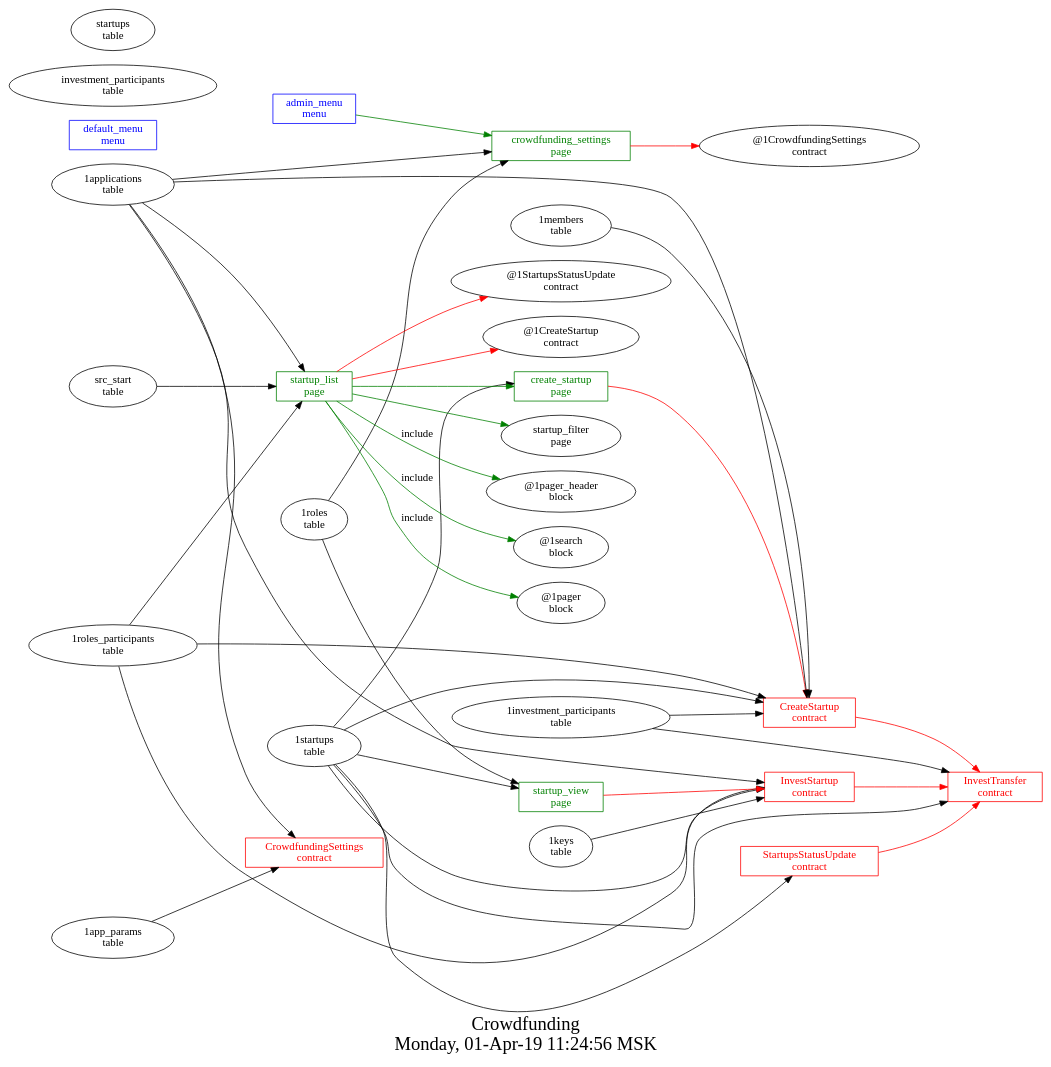
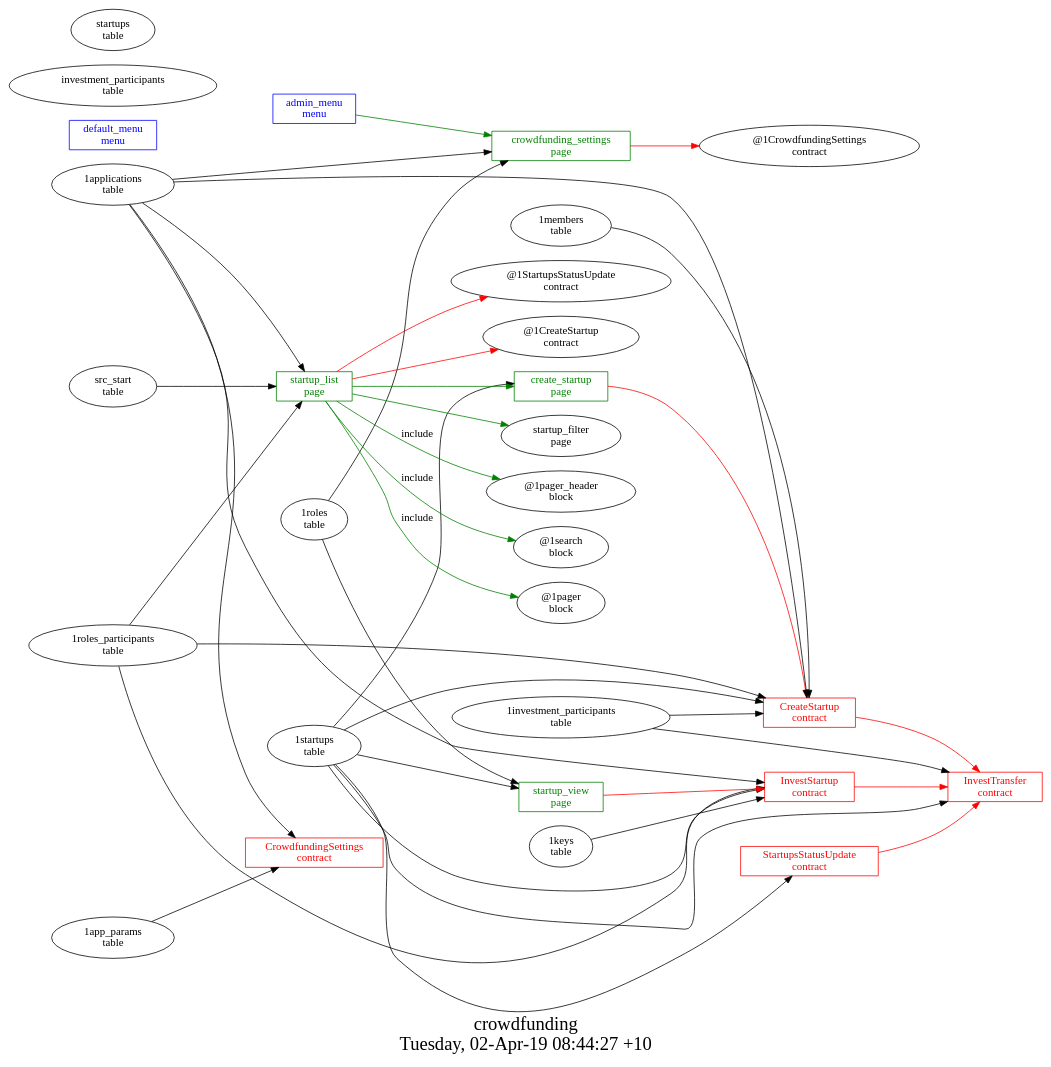
The diagram in ecosystem_apps/Crowdfunding/struct.dot (AplaProject/apps), drawn with Graphviz before and after one commit. The commit also changed 1 other file, not shown here.

```diff
--- a/ecosystem_apps/Crowdfunding/struct.dot
+++ b/ecosystem_apps/Crowdfunding/struct.dot
@@ -1,59 +1,57 @@
 digraph G {
-graph [
-  fontsize="24";
-  label="Crowdfunding\nMonday, 01-Apr-19 11:24:56 MSK";
-  nojustify=true;
-  ordering=out;
-  rankdir=LR;
-  size="30";
-];
+fontsize="24";
+label="crowdfunding\nTuesday, 02-Apr-19 08:44:27 +10";
+nojustify=true;
+ordering=out;
+rankdir=LR;
+size="30";
 "admin_menu\nmenu" -> "crowdfunding_settings\npage"  [ color=green ]
 "admin_menu\nmenu" [color=blue, fontcolor=blue, group=menus, shape=record];
 "default_menu\nmenu" [color=blue, fontcolor=blue, group=menus, shape=record];
 "create_startup\npage" -> "CreateStartup\ncontract"  [ color=red ]
 "1startups\ntable" -> "create_startup\npage"
 "create_startup\npage" [color=green, fontcolor=green, group=pages, shape=record];
 "crowdfunding_settings\npage" -> "@1CrowdfundingSettings\ncontract"  [ color=red ]
 "1applications\ntable" -> "crowdfunding_settings\npage"
 "1roles\ntable" -> "crowdfunding_settings\npage"
 "crowdfunding_settings\npage" [color=green, fontcolor=green, group=pages, shape=record];
 "startup_list\npage" -> "@1StartupsStatusUpdate\ncontract"  [ color=red ]
 "startup_list\npage" -> "@1CreateStartup\ncontract"  [ color=red ]
 "1applications\ntable" -> "startup_list\npage"
 "1roles_participants\ntable" -> "startup_list\npage"
 "src_start\ntable" -> "startup_list\npage"
 "startup_list\npage" -> "create_startup\npage"  [ color=green ]
 "startup_list\npage" -> "startup_filter\npage"  [ color=green ]
 "startup_list\npage" -> "@1pager_header\nblock"  [ color=green, label=include ]
 "startup_list\npage" -> "@1search\nblock"  [ color=green, label=include ]
 "startup_list\npage" -> "@1pager\nblock"  [ color=green, label=include ]
 "startup_list\npage" [color=green, fontcolor=green, group=pages, shape=record];
 "startup_view\npage" -> "InvestStartup\ncontract"  [ color=red ]
 "1startups\ntable" -> "startup_view\npage"
 "1roles\ntable" -> "startup_view\npage"
 "startup_view\npage" [color=green, fontcolor=green, group=pages, shape=record];
 "CreateStartup\ncontract" -> "InvestTransfer\ncontract"  [ color=red ]
 "1applications\ntable" -> "CreateStartup\ncontract"
 "1roles_participants\ntable" -> "CreateStartup\ncontract"
 "1startups\ntable" -> "CreateStartup\ncontract"
 "1investment_participants\ntable" -> "CreateStartup\ncontract"
 "1members\ntable" -> "CreateStartup\ncontract"
 "CreateStartup\ncontract" [color=red, fontcolor=red, group=contracts, shape=record];
 "1app_params\ntable" -> "CrowdfundingSettings\ncontract"
 "1applications\ntable" -> "CrowdfundingSettings\ncontract"
 "CrowdfundingSettings\ncontract" [color=red, fontcolor=red, group=contracts, shape=record];
 "InvestStartup\ncontract" -> "InvestTransfer\ncontract"  [ color=red ]
 "1applications\ntable" -> "InvestStartup\ncontract"
 "1roles_participants\ntable" -> "InvestStartup\ncontract"
 "1startups\ntable" -> "InvestStartup\ncontract"
 "1keys\ntable" -> "InvestStartup\ncontract"
 "InvestStartup\ncontract" [color=red, fontcolor=red, group=contracts, shape=record];
 "1startups\ntable" -> "InvestTransfer\ncontract"
 "1investment_participants\ntable" -> "InvestTransfer\ncontract"
 "InvestTransfer\ncontract" [color=red, fontcolor=red, group=contracts, shape=record];
 "StartupsStatusUpdate\ncontract" -> "InvestTransfer\ncontract"  [ color=red ]
 "1startups\ntable" -> "StartupsStatusUpdate\ncontract"
 "StartupsStatusUpdate\ncontract" [color=red, fontcolor=red, group=contracts, shape=record];
 "investment_participants\ntable" [color="", fontcolor="", group=tables, shape=""];
 "startups\ntable" [color="", fontcolor="", group=tables, shape=""];
 }
```
